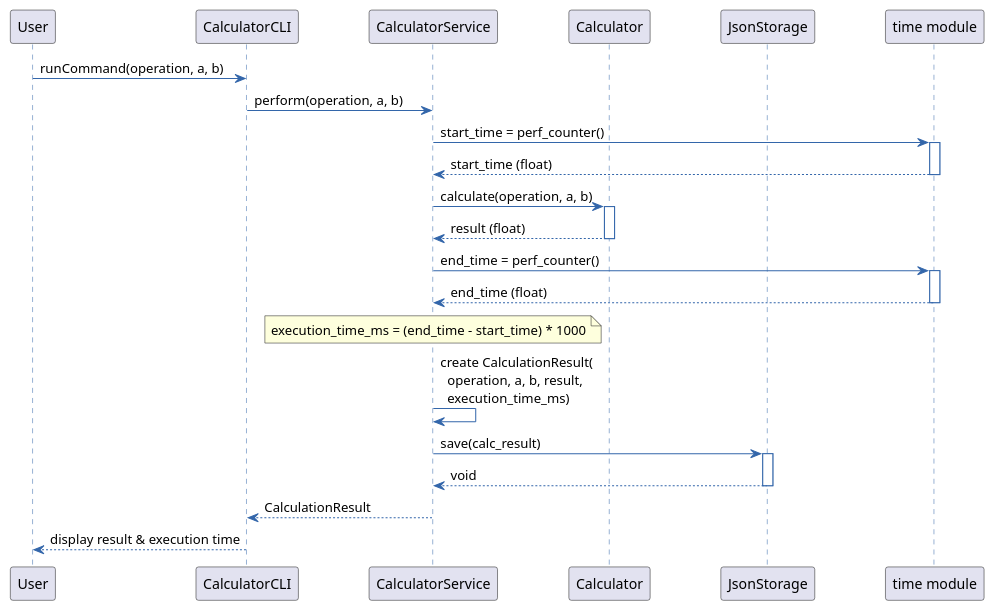
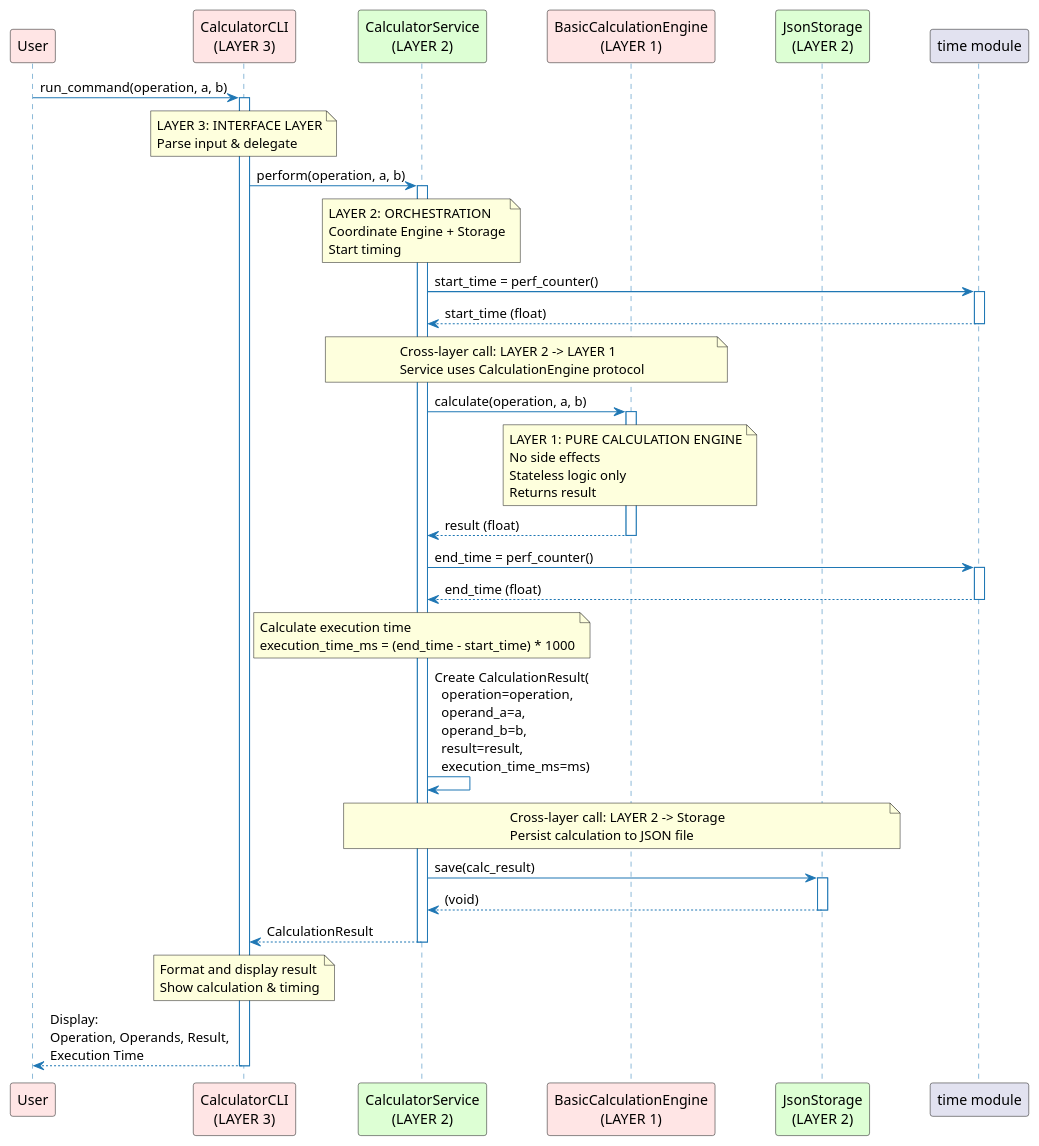
One commit to DanielRiha8906/Software_autoevolution_using_agents changed the diagram in experiments/broadcast/test_driven/calculator/artifacts/sequence_diagram_perform.puml. Above: the diagram before and after it, drawn with PlantUML. The commit also changed 17 other files, not shown here.

```diff
--- a/experiments/broadcast/test_driven/calculator/artifacts/sequence_diagram_perform.puml
+++ b/experiments/broadcast/test_driven/calculator/artifacts/sequence_diagram_perform.puml
@@ -1,47 +1,90 @@
 @startuml sequence_diagram_perform
 
-skinparam sequenceParticipantPadding 30
-skinparam sequenceActorBorderColor #3366AA
-skinparam sequenceLifeLineBorderColor #3366AA
-skinparam sequenceArrowColor #3366AA
+skinparam sequenceParticipantPadding 25
+skinparam sequenceActorBorderColor #1F77B4
+skinparam sequenceLifeLineBorderColor #1F77B4
+skinparam sequenceArrowColor #1F77B4
+skinparam noteBkgColor #FFFFCC
 
-participant User as U
-participant CalculatorCLI as CLI
-participant CalculatorService as Service
-participant Calculator as Calc
-participant JsonStorage as Store
+' Participants grouped by layer
+participant "User" as User #FFE5E5
+participant "CalculatorCLI\n(LAYER 3)" as CLI #FFE5E5
+participant "CalculatorService\n(LAYER 2)" as Service #DDFFD4
+participant "BasicCalculationEngine\n(LAYER 1)" as Engine #FFE5E5
+participant "JsonStorage\n(LAYER 2)" as Storage #DDFFD4
 participant "time module" as Time
 
-U -> CLI: runCommand(operation, a, b)
+User -> CLI: run_command(operation, a, b)
+activate CLI
+
+note over CLI
+  LAYER 3: INTERFACE LAYER
+  Parse input & delegate
+end note
+
 CLI -> Service: perform(operation, a, b)
+activate Service
+
+note over Service
+  LAYER 2: ORCHESTRATION
+  Coordinate Engine + Storage
+  Start timing
+end note
 
 Service -> Time: start_time = perf_counter()
 activate Time
 Time --> Service: start_time (float)
 deactivate Time
 
-Service -> Calc: calculate(operation, a, b)
-activate Calc
-Calc --> Service: result (float)
-deactivate Calc
+note over Service, Engine
+  Cross-layer call: LAYER 2 -> LAYER 1
+  Service uses CalculationEngine protocol
+end note
+
+Service -> Engine: calculate(operation, a, b)
+activate Engine
+
+note over Engine
+  LAYER 1: PURE CALCULATION ENGINE
+  No side effects
+  Stateless logic only
+  Returns result
+end note
+
+Engine --> Service: result (float)
+deactivate Engine
 
 Service -> Time: end_time = perf_counter()
 activate Time
 Time --> Service: end_time (float)
 deactivate Time
 
 note over Service
+  Calculate execution time
   execution_time_ms = (end_time - start_time) * 1000
 end note
 
-Service -> Service: create CalculationResult(\n  operation, a, b, result,\n  execution_time_ms)
+Service -> Service: Create CalculationResult(\n  operation=operation,\n  operand_a=a,\n  operand_b=b,\n  result=result,\n  execution_time_ms=ms)
 
-Service -> Store: save(calc_result)
-activate Store
-Store --> Service: void
-deactivate Store
+note over Service, Storage
+  Cross-layer call: LAYER 2 -> Storage
+  Persist calculation to JSON file
+end note
+
+Service -> Storage: save(calc_result)
+activate Storage
+Storage --> Service: (void)
+deactivate Storage
 
 Service --> CLI: CalculationResult
-CLI --> U: display result & execution time
+deactivate Service
+
+note over CLI
+  Format and display result
+  Show calculation & timing
+end note
+
+CLI --> User: Display:\nOperation, Operands, Result,\nExecution Time
+deactivate CLI
 
 @enduml
```
